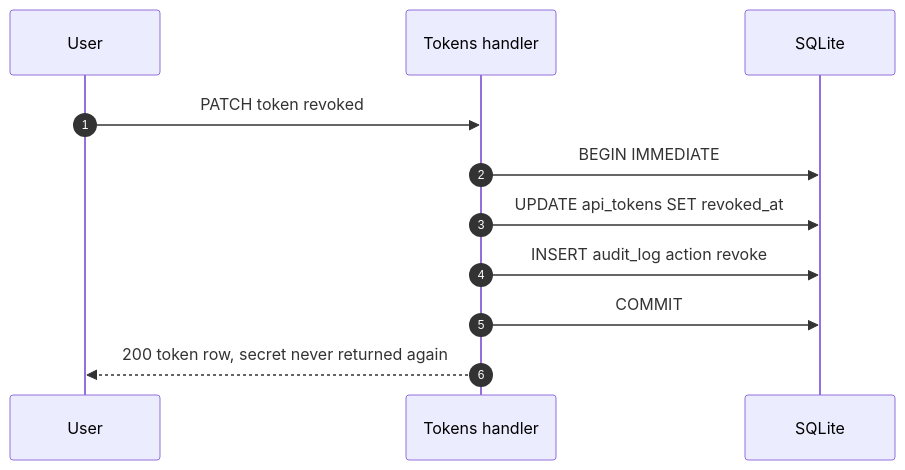
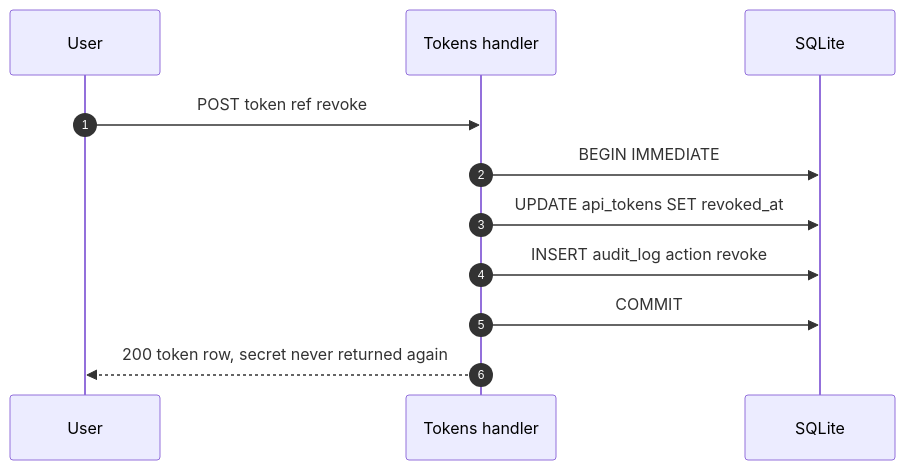
One commit to dimasbaguspm/spenicle changed diagram 19 of 20 in docs/v2-api.md. Above: the diagram before and after it, drawn with Mermaid. The commit also changed other lines of this file and 44 other files, not shown here.

````diff
--- a/docs/v2-api.md
+++ b/docs/v2-api.md
@@ -929,13 +977,13 @@
 ```mermaid
 sequenceDiagram
     autonumber
     participant U as User
     participant API as Tokens handler
     participant DB as SQLite
-    U->>API: PATCH token revoked
+    U->>API: POST token ref revoke
     API->>DB: BEGIN IMMEDIATE
     API->>DB: UPDATE api_tokens SET revoked_at
     API->>DB: INSERT audit_log action revoke
     API->>DB: COMMIT
     API-->>U: 200 token row, secret never returned again
 ```
````
